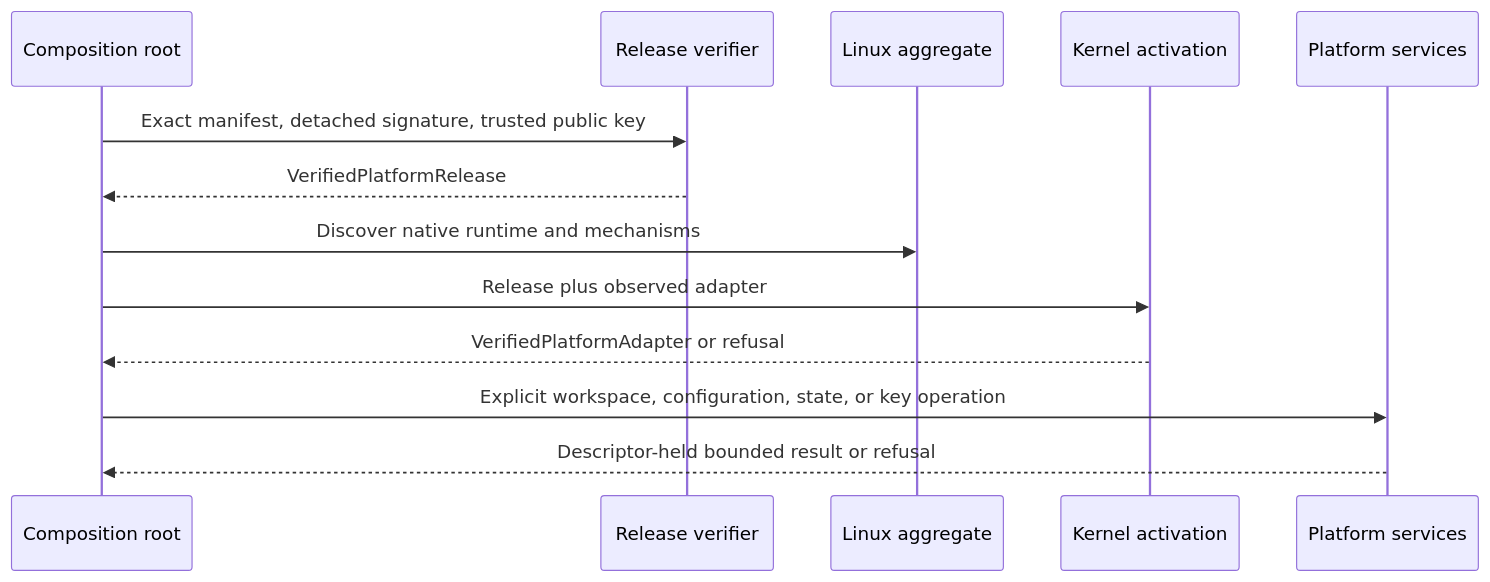
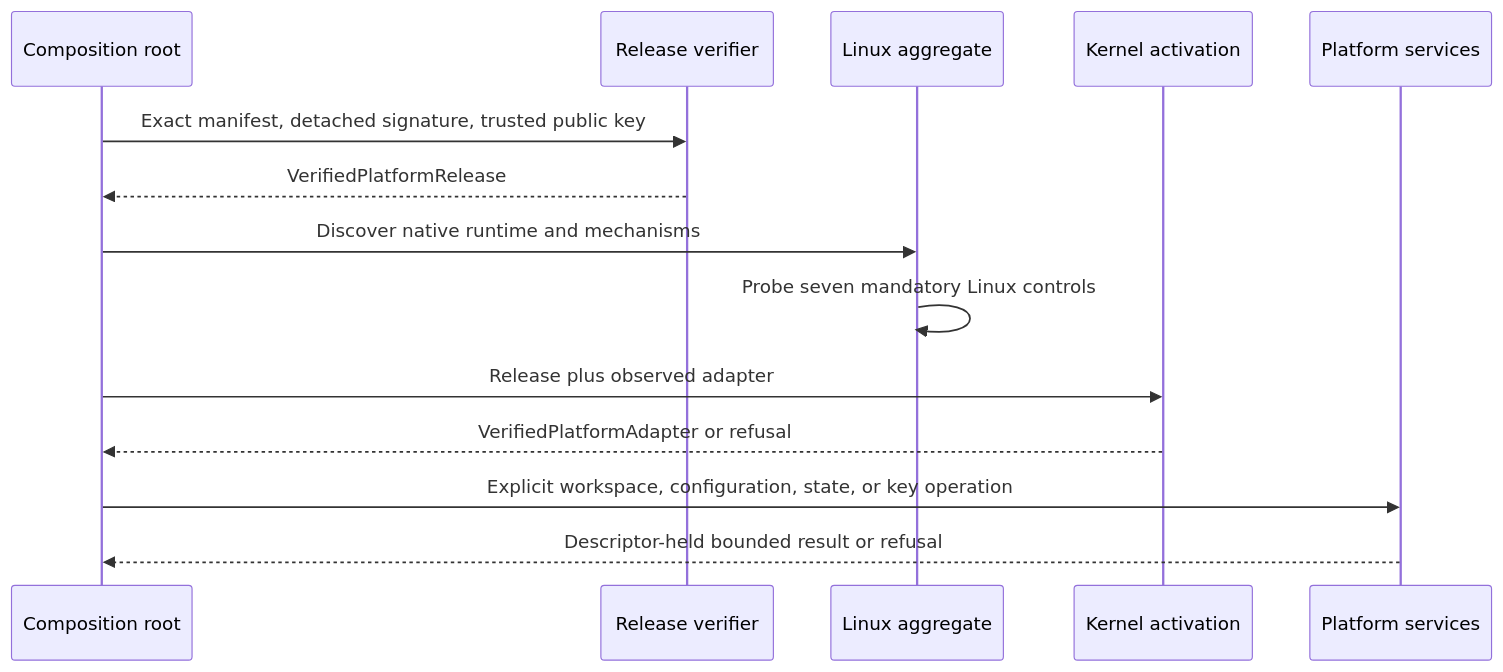
Before and after one commit to AaronNHorvitz/AgentMage: the first of 3 diagrams in docs/architecture/linux-platform-lifecycle.md, drawn with Mermaid. The commit also changed other lines of this file and 7 other files, not shown here.

Commit message:
feat: fail closed on missing Linux security controls

````diff
--- a/docs/architecture/linux-platform-lifecycle.md
+++ b/docs/architecture/linux-platform-lifecycle.md
@@ -13,16 +13,17 @@
 ```mermaid
 sequenceDiagram
     participant C as Composition root
     participant R as Release verifier
     participant A as Linux aggregate
     participant K as Kernel activation
     participant P as Platform services
 
     C->>R: Exact manifest, detached signature, trusted public key
     R-->>C: VerifiedPlatformRelease
     C->>A: Discover native runtime and mechanisms
+    A->>A: Probe seven mandatory Linux controls
     C->>K: Release plus observed adapter
     K-->>C: VerifiedPlatformAdapter or refusal
     C->>P: Explicit workspace, configuration, state, or key operation
     P-->>C: Descriptor-held bounded result or refusal
 ```
````
